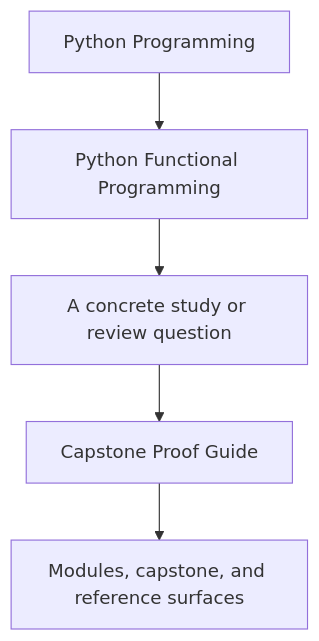
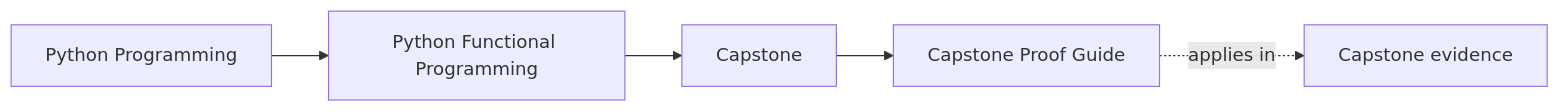
The first of 2 diagrams in programs/python-programming/python-functional-programming/course-book/capstone/capstone-proof-guide.md (bijux/bijux-masterclass), drawn with Mermaid before and after one commit. The commit also changed other lines of this file and 108 other files, not shown here.

Commit message:
docs(python-functional-programming): map capstone and advanced design surfaces

````diff
--- a/programs/python-programming/python-functional-programming/course-book/capstone/capstone-proof-guide.md
+++ b/programs/python-programming/python-functional-programming/course-book/capstone/capstone-proof-guide.md
@@ -7,7 +7,11 @@
 ```mermaid
-flowchart TD
-  family["Python Programming"] --> program["Python Functional Programming"]
-  program --> pressure["A concrete study or review question"]
-  pressure --> guide["Capstone Proof Guide"]
-  guide --> next["Modules, capstone, and reference surfaces"]
+graph LR
+  family["Python Programming"]
+  program["Python Functional Programming"]
+  section["Capstone"]
+  page["Capstone Proof Guide"]
+  capstone["Capstone evidence"]
+
+  family --> program --> section --> page
+  page -.applies in.-> capstone
 ```
````
